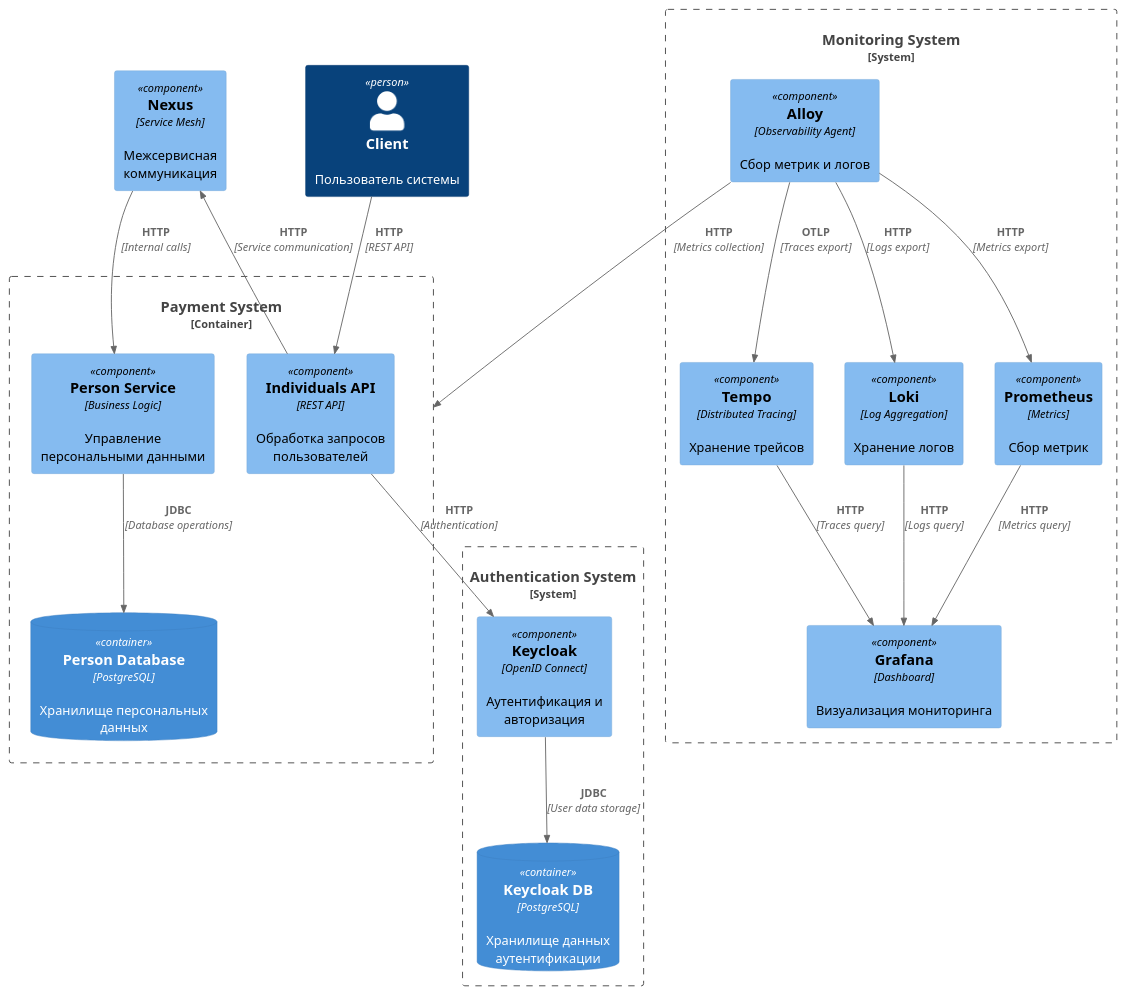
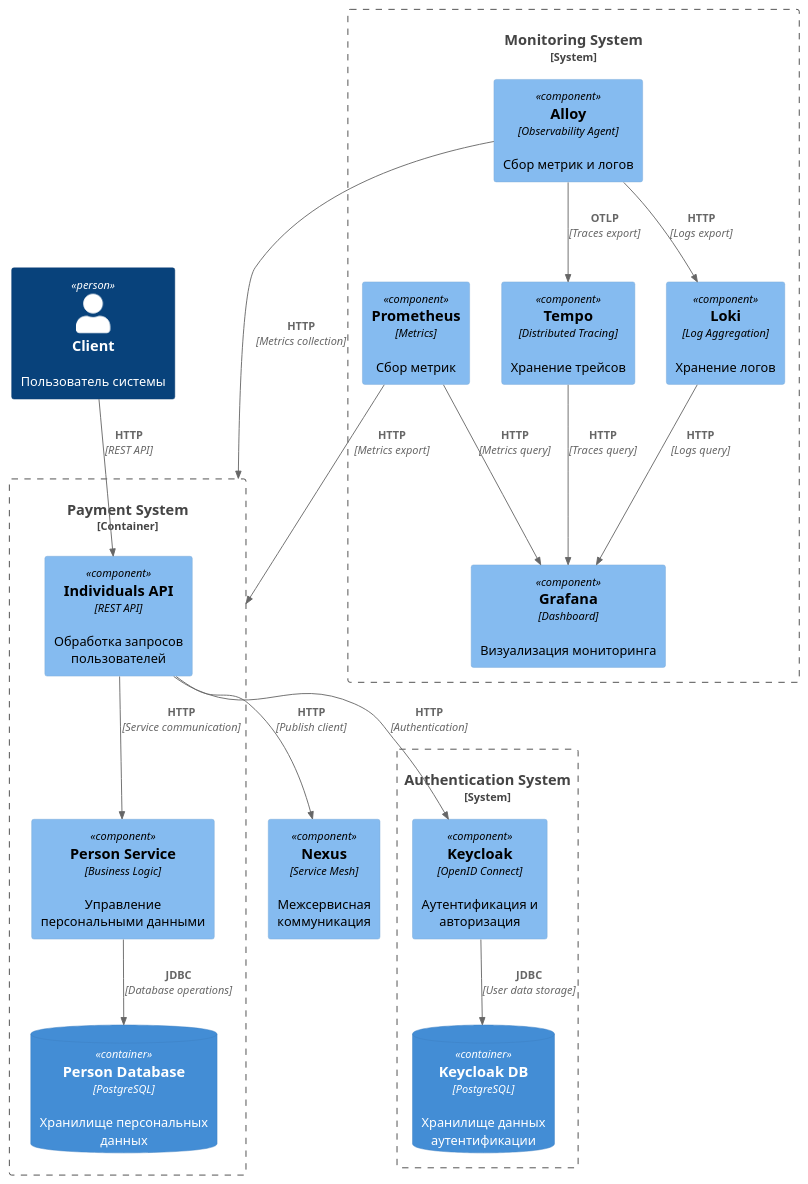
The diagram in diagrams/module_2/container_diagram_m2.puml (ubivza/payment-system), drawn with PlantUML before and after one commit. The commit also changed other lines of this file and 54 other files, not shown here.

Commit message:
some refactoring, realisation person-service, new containers added, added diagrams, fixed dashboard

```diff
--- a/diagrams/module_2/container_diagram_m2.puml
+++ b/diagrams/module_2/container_diagram_m2.puml
@@ -1,47 +1,47 @@
 @startuml
 !include https://raw.githubusercontent.com/plantuml-stdlib/C4-PlantUML/master/C4_Component.puml
 
 LAYOUT_TOP_DOWN()
 
 Person(client, "Client", "Пользователь системы")
 
 Container_Boundary(payment_system, "Payment System") {
 Component(individuals_api, "Individuals API", "REST API", "Обработка запросов пользователей")
 Component(person_service, "Person Service", "Business Logic", "Управление персональными данными")
 ContainerDb(person_db, "Person Database", "PostgreSQL", "Хранилище персональных данных")
 }
 
 System_Boundary(auth_system, "Authentication System") {
 Component(keycloak, "Keycloak", "OpenID Connect", "Аутентификация и авторизация")
 ContainerDb(kc_db, "Keycloak DB", "PostgreSQL", "Хранилище данных аутентификации")
 }
 
 
 Component(nexus, "Nexus", "Service Mesh", "Межсервисная коммуникация")
 
 System_Boundary(monitoring_system, "Monitoring System") {
 Component(alloy, "Alloy", "Observability Agent", "Сбор метрик и логов")
 Component(tempo, "Tempo", "Distributed Tracing", "Хранение трейсов")
 Component(loki, "Loki", "Log Aggregation", "Хранение логов")
 Component(prometheus, "Prometheus", "Metrics", "Сбор метрик")
 Component(grafana, "Grafana", "Dashboard", "Визуализация мониторинга")
 }
 
 ' Связи между компонентами
 Rel(client, individuals_api, "HTTP", "REST API")
-Rel(individuals_api, nexus, "HTTP", "Service communication")
-Rel(nexus, person_service, "HTTP", "Internal calls")
+Rel(individuals_api, nexus, "HTTP", "Publish client")
+Rel(individuals_api, person_service, "HTTP", "Service communication")
 Rel(person_service, person_db, "JDBC", "Database operations")
 Rel(individuals_api, keycloak, "HTTP", "Authentication")
 Rel(keycloak, kc_db, "JDBC", "User data storage")
 
 ' Мониторинг
 Rel(alloy, payment_system, "HTTP", "Metrics collection")
 Rel(alloy, tempo, "OTLP", "Traces export")
 Rel(alloy, loki, "HTTP", "Logs export")
-Rel(alloy, prometheus, "HTTP", "Metrics export")
+Rel(prometheus, payment_system, "HTTP", "Metrics export")
 Rel(tempo, grafana, "HTTP", "Traces query")
 Rel(loki, grafana, "HTTP", "Logs query")
 Rel(prometheus, grafana, "HTTP", "Metrics query")
 
 @enduml
```
